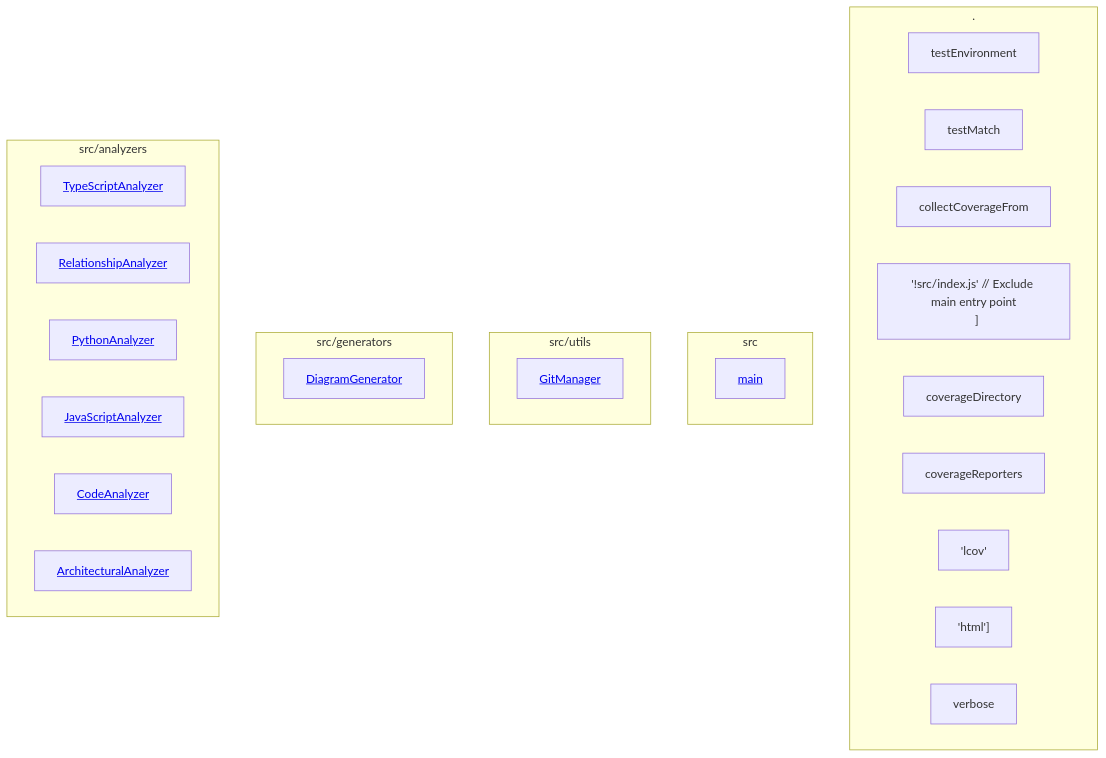
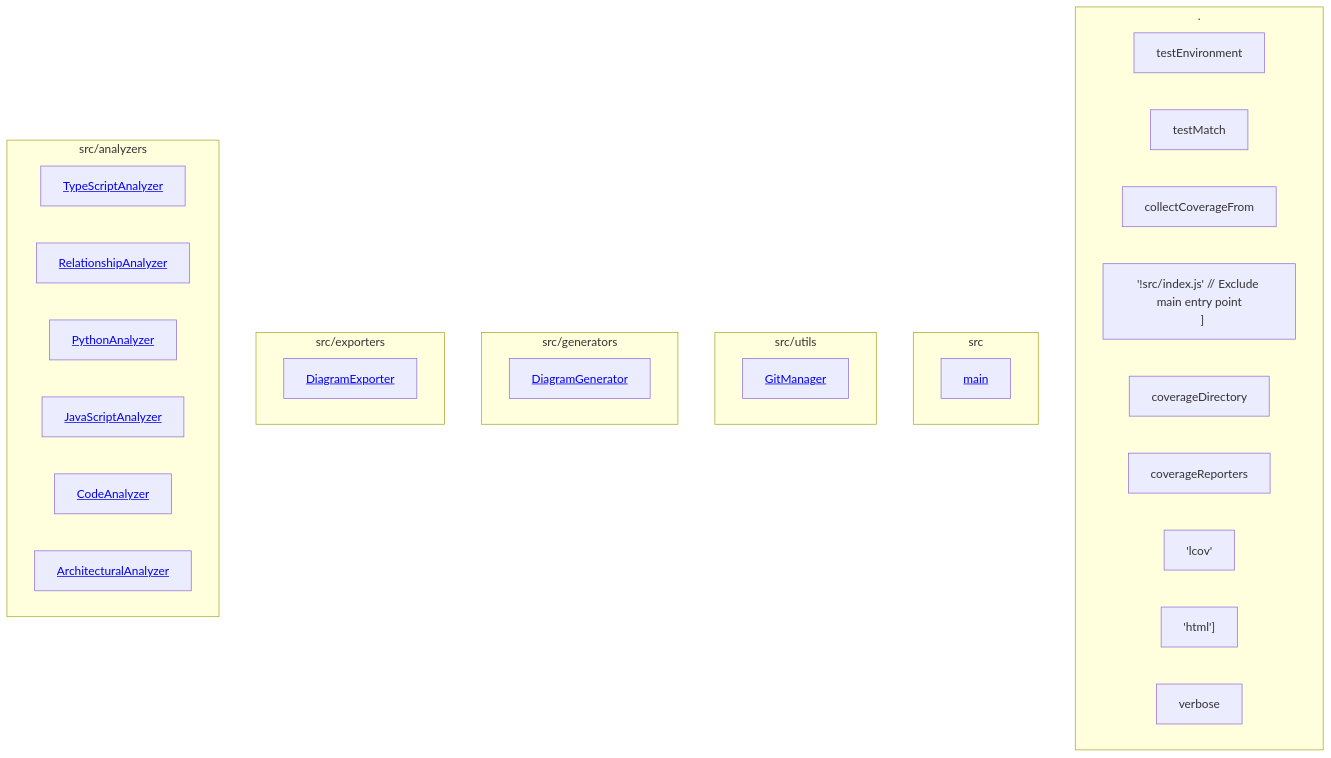
One commit to samjhill/diagrammer changed the diagram in docs/architecture/modules_interactive.html.md. Above: the diagram before and after it, drawn with Mermaid. The commit also changed other lines of this file and 73 other files, not shown here.

Commit message:
docs: Update architecture diagrams [skip ci]

````diff
--- a/docs/architecture/modules_interactive.html.md
+++ b/docs/architecture/modules_interactive.html.md
@@ -5,42 +5,46 @@
 ```mermaid
 graph TB
   classDef module fill:#e3f2fd,stroke:#1976d2,stroke-width:2px
   classDef export fill:#e8f5e8,stroke:#388e3c,stroke-width:2px
   classDef group fill:#f3e5f5,stroke:#7b1fa2,stroke-width:3px
 
   subgraph _["."]
     testEnvironment["testEnvironment"]
     testMatch["testMatch"]
     collectCoverageFrom["collectCoverageFrom"]
     __src_index_js_____Exclude_main_entry_point____["'!src/index.js' // Exclude main entry point
   ]"]
     coverageDirectory["coverageDirectory"]
     coverageReporters["coverageReporters"]
     _lcov_["'lcov'"]
     _html__["'html']"]
     verbose["verbose"]
   end
 
   subgraph src["src"]
     main["<a href='https://github.com/samjhill/diagrammer/blob/main/src/index.js' target='_blank'>main</a>"]
   end
 
   subgraph src_utils["src/utils"]
     GitManager["<a href='https://github.com/samjhill/diagrammer/blob/main/src/utils/gitManager.js' target='_blank'>GitManager</a>"]
   end
 
   subgraph src_generators["src/generators"]
     DiagramGenerator["<a href='https://github.com/samjhill/diagrammer/blob/main/src/generators/diagramGenerator.js' target='_blank'>DiagramGenerator</a>"]
   end
 
+  subgraph src_exporters["src/exporters"]
+    DiagramExporter["<a href='https://github.com/samjhill/diagrammer/blob/main/src/exporters/diagramExporter.js' target='_blank'>DiagramExporter</a>"]
+  end
+
   subgraph src_analyzers["src/analyzers"]
     TypeScriptAnalyzer["<a href='https://github.com/samjhill/diagrammer/blob/main/src/analyzers/typescriptAnalyzer.js' target='_blank'>TypeScriptAnalyzer</a>"]
     RelationshipAnalyzer["<a href='https://github.com/samjhill/diagrammer/blob/main/src/analyzers/relationshipAnalyzer.js' target='_blank'>RelationshipAnalyzer</a>"]
     PythonAnalyzer["<a href='https://github.com/samjhill/diagrammer/blob/main/src/analyzers/pythonAnalyzer.js' target='_blank'>PythonAnalyzer</a>"]
     JavaScriptAnalyzer["<a href='https://github.com/samjhill/diagrammer/blob/main/src/analyzers/javascriptAnalyzer.js' target='_blank'>JavaScriptAnalyzer</a>"]
     CodeAnalyzer["<a href='https://github.com/samjhill/diagrammer/blob/main/src/analyzers/codeAnalyzer.js' target='_blank'>CodeAnalyzer</a>"]
     ArchitecturalAnalyzer["<a href='https://github.com/samjhill/diagrammer/blob/main/src/analyzers/architecturalAnalyzer.js' target='_blank'>ArchitecturalAnalyzer</a>"]
   end
 
 
 ```
````
